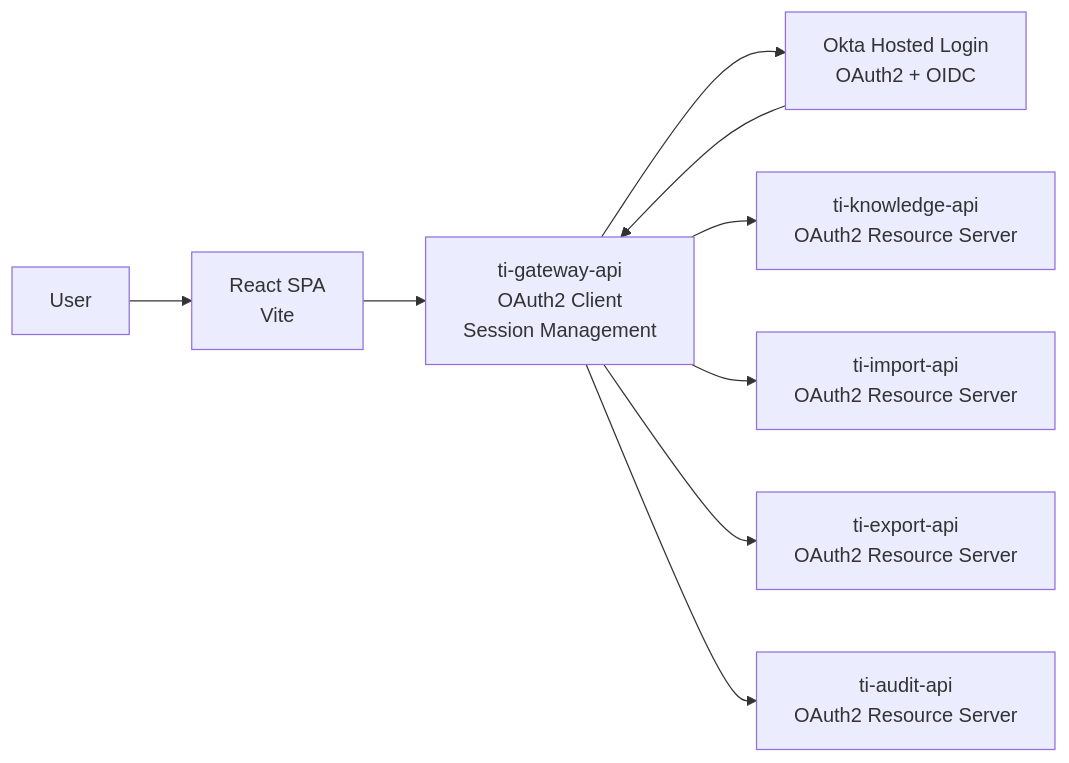
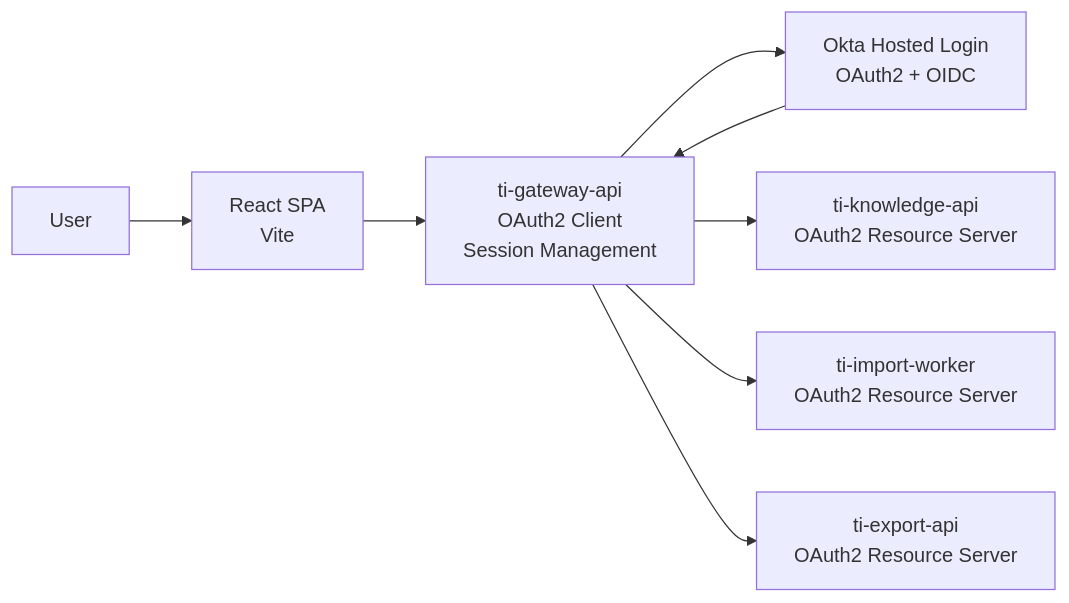
The diagram in doc/_03_SECURITY.md (MarinaPimenova/ti-gateway-api), drawn with Mermaid before and after one commit. The commit also changed other lines of this file and 33 other files, not shown here.

`````diff
--- a/doc/_03_SECURITY.md
+++ b/doc/_03_SECURITY.md
@@ -29,32 +30,29 @@
 ```mermaid
 flowchart LR
 
     User["User"]
 
     Browser["React SPA<br/>Vite"]
 
     Okta["Okta Hosted Login<br/>OAuth2 + OIDC"]
 
     Gateway["ti-gateway-api<br/>OAuth2 Client<br/>Session Management"]
 
     Knowledge["ti-knowledge-api<br/>OAuth2 Resource Server"]
 
-    Import["ti-import-api<br/>OAuth2 Resource Server"]
+    Import["ti-import-worker<br/>OAuth2 Resource Server"]
 
     Export["ti-export-api<br/>OAuth2 Resource Server"]
-
-    Audit["ti-audit-api<br/>OAuth2 Resource Server"]
 
     User --> Browser
 
     Browser --> Gateway
 
     Gateway --> Okta
 
     Okta --> Gateway
 
     Gateway --> Knowledge
     Gateway --> Import
     Gateway --> Export
-    Gateway --> Audit
 ````
`````
